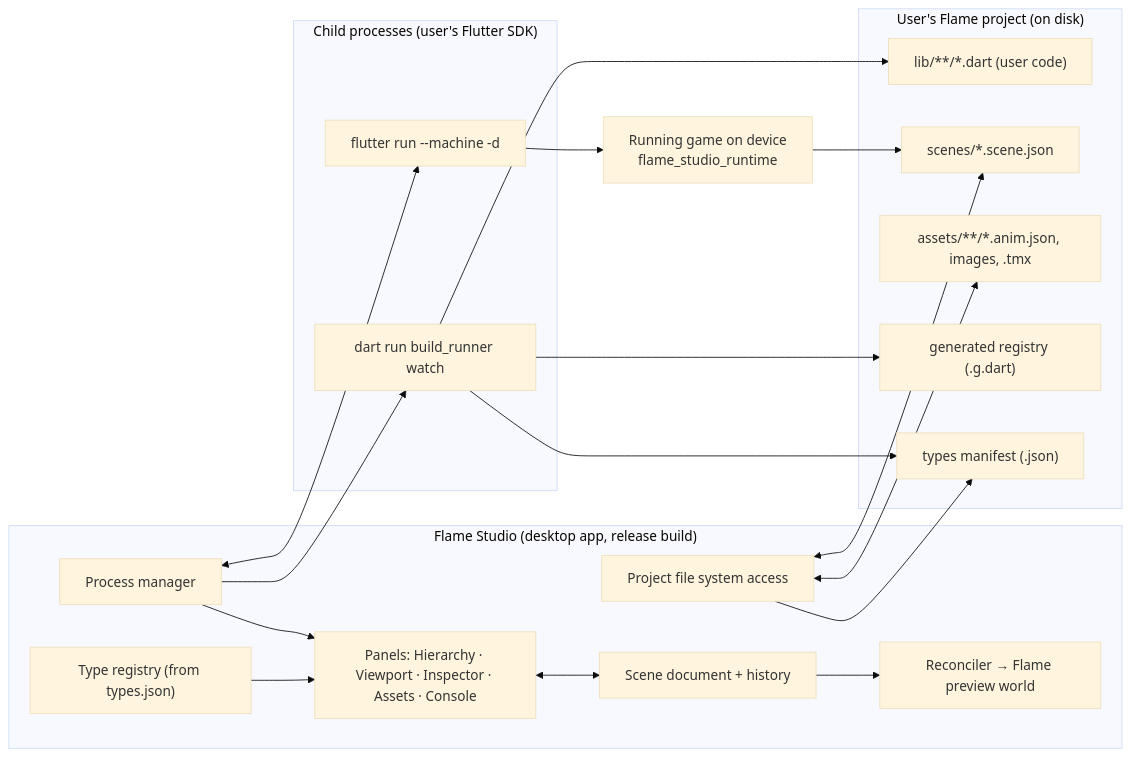
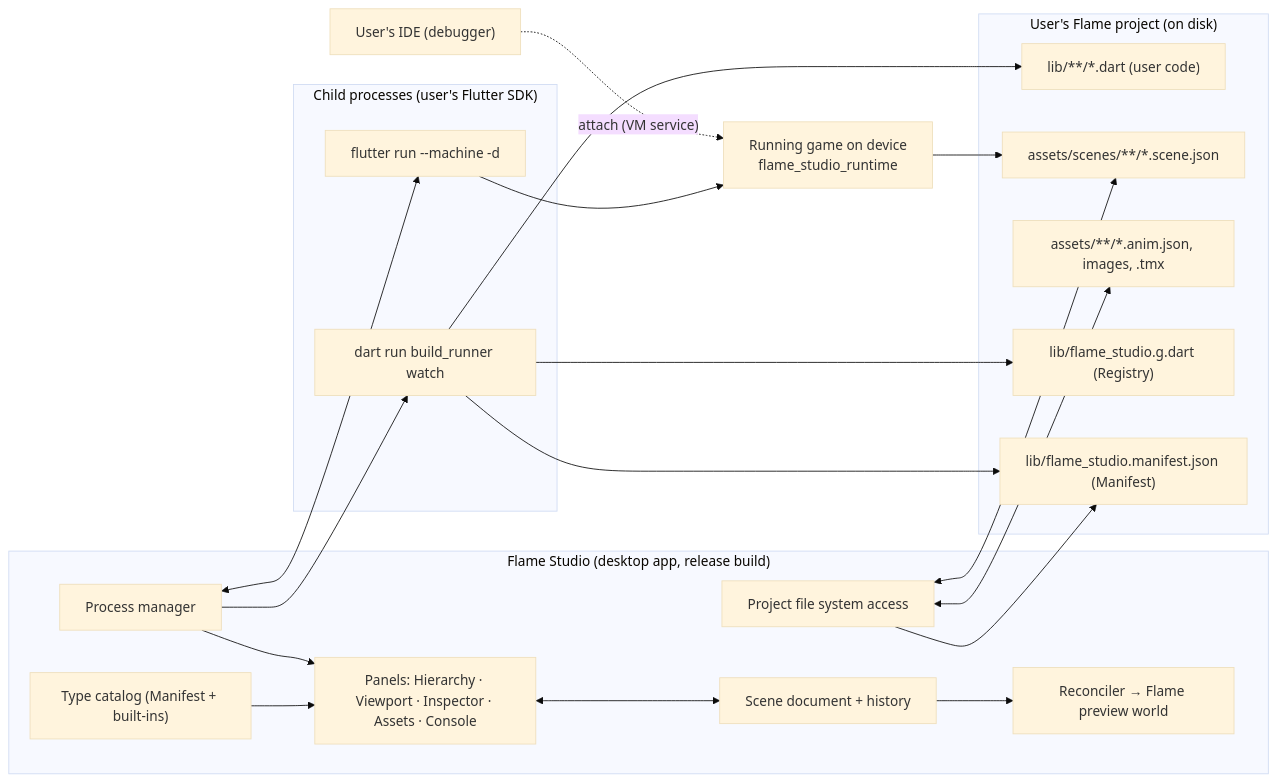
The first of 2 diagrams in docs/project-plan.md (salah-rashad/flame_studio), drawn with Mermaid (base theme) before and after one commit. The commit also changed other lines of this file and 6 other files, not shown here.

````diff
--- a/docs/project-plan.md
+++ b/docs/project-plan.md
@@ -118,41 +125,43 @@
 ```mermaid
 flowchart LR
   subgraph Studio["Flame Studio (desktop app, release build)"]
     UI["Panels: Hierarchy · Viewport · Inspector · Assets · Console"]
     DOC["Scene document + history"]
     REC["Reconciler → Flame preview world"]
-    TR["Type registry (from types.json)"]
+    TC["Type catalog (Manifest + built-ins)"]
     PM["Process manager"]
     FS["Project file system access"]
     UI <--> DOC
     DOC --> REC
-    TR --> UI
+    TC --> UI
     PM --> UI
   end
 
   subgraph Project["User's Flame project (on disk)"]
     SRC["lib/**/*.dart (user code)"]
-    SCN["scenes/*.scene.json"]
+    SCN["assets/scenes/**/*.scene.json"]
     ANIM["assets/**/*.anim.json, images, .tmx"]
-    GEN["generated registry (.g.dart)"]
-    MAN["types manifest (.json)"]
+    GEN["lib/flame_studio.g.dart (Registry)"]
+    MAN["lib/flame_studio.manifest.json (Manifest)"]
   end
 
   subgraph Children["Child processes (user's Flutter SDK)"]
     BR["dart run build_runner watch"]
     FR["flutter run --machine -d <device>"]
   end
 
+  IDE["User's IDE (debugger)"]
   GAME["Running game on device<br/>flame_studio_runtime"]
 
   FS <--> SCN
   FS <--> ANIM
   FS --> MAN
   PM --> BR
   PM <--> FR
   BR --> SRC
   BR --> GEN
   BR --> MAN
   FR --> GAME
+  IDE -. attach (VM service) .-> GAME
   GAME --> SCN
 ```
````
